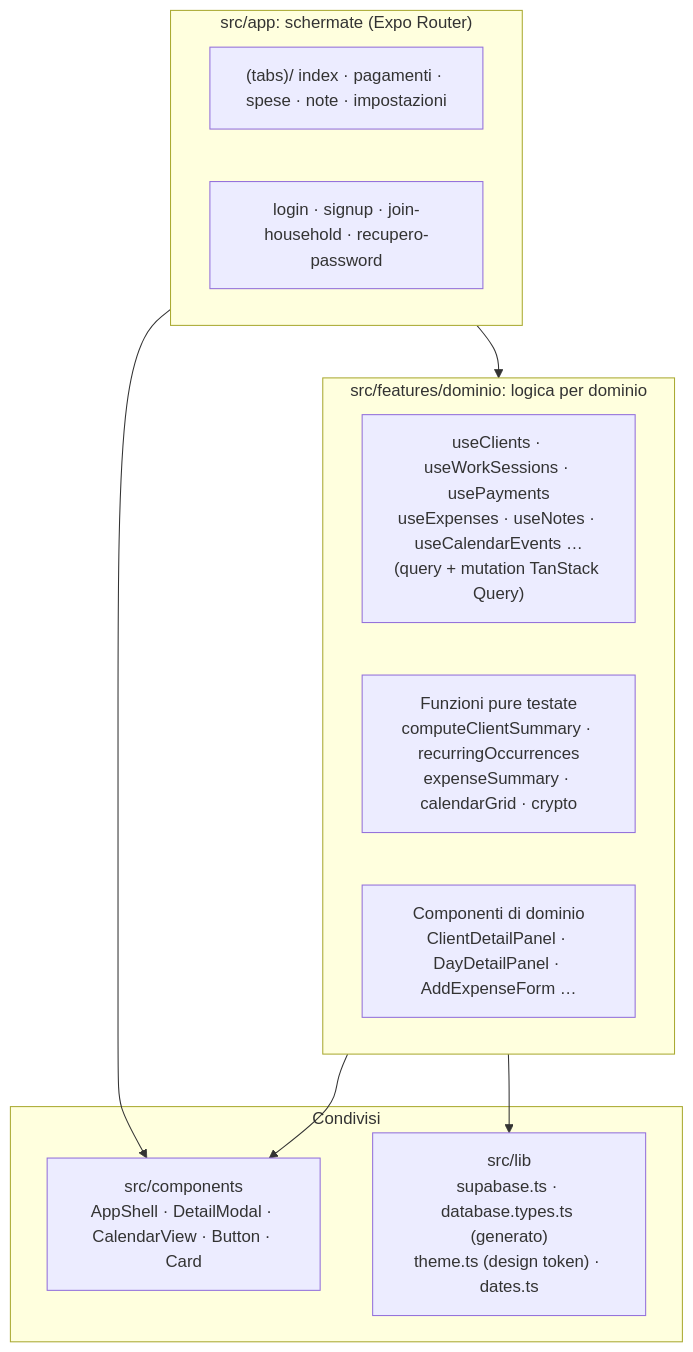
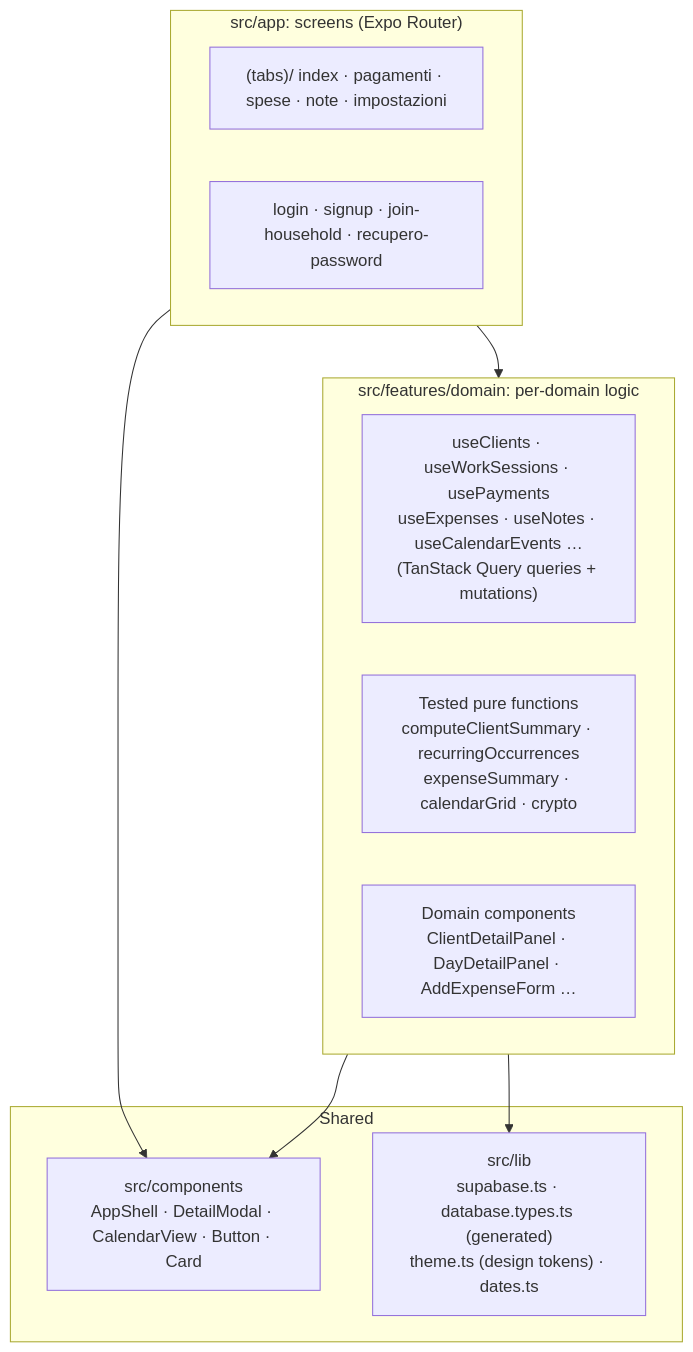
Before and after one commit to MattiP99/Manager_App: the second of 4 diagrams in README.md, drawn with Mermaid. The commit also changed other lines of this file, not shown here.

````diff
--- a/README.md
+++ b/README.md
@@ -87,20 +93,20 @@
 ```mermaid
 flowchart TB
-    subgraph routes["src/app: schermate (Expo Router)"]
+    subgraph routes["src/app: screens (Expo Router)"]
         T["(tabs)/ index · pagamenti · spese · note · impostazioni"]
         AUTH["login · signup · join-household · recupero-password"]
     end
-    subgraph features["src/features/dominio: logica per dominio"]
-        H["useClients · useWorkSessions · usePayments<br/>useExpenses · useNotes · useCalendarEvents …<br/>(query + mutation TanStack Query)"]
-        P["Funzioni pure testate<br/>computeClientSummary · recurringOccurrences<br/>expenseSummary · calendarGrid · crypto"]
-        UI["Componenti di dominio<br/>ClientDetailPanel · DayDetailPanel · AddExpenseForm …"]
+    subgraph features["src/features/domain: per-domain logic"]
+        H["useClients · useWorkSessions · usePayments<br/>useExpenses · useNotes · useCalendarEvents …<br/>(TanStack Query queries + mutations)"]
+        P["Tested pure functions<br/>computeClientSummary · recurringOccurrences<br/>expenseSummary · calendarGrid · crypto"]
+        UI["Domain components<br/>ClientDetailPanel · DayDetailPanel · AddExpenseForm …"]
     end
-    subgraph shared["Condivisi"]
+    subgraph shared["Shared"]
         CMP["src/components<br/>AppShell · DetailModal · CalendarView · Button · Card"]
-        LIB["src/lib<br/>supabase.ts · database.types.ts (generato)<br/>theme.ts (design token) · dates.ts"]
+        LIB["src/lib<br/>supabase.ts · database.types.ts (generated)<br/>theme.ts (design tokens) · dates.ts"]
     end
     routes --> features
     routes --> CMP
     features --> CMP
     features --> LIB
 ```
````
